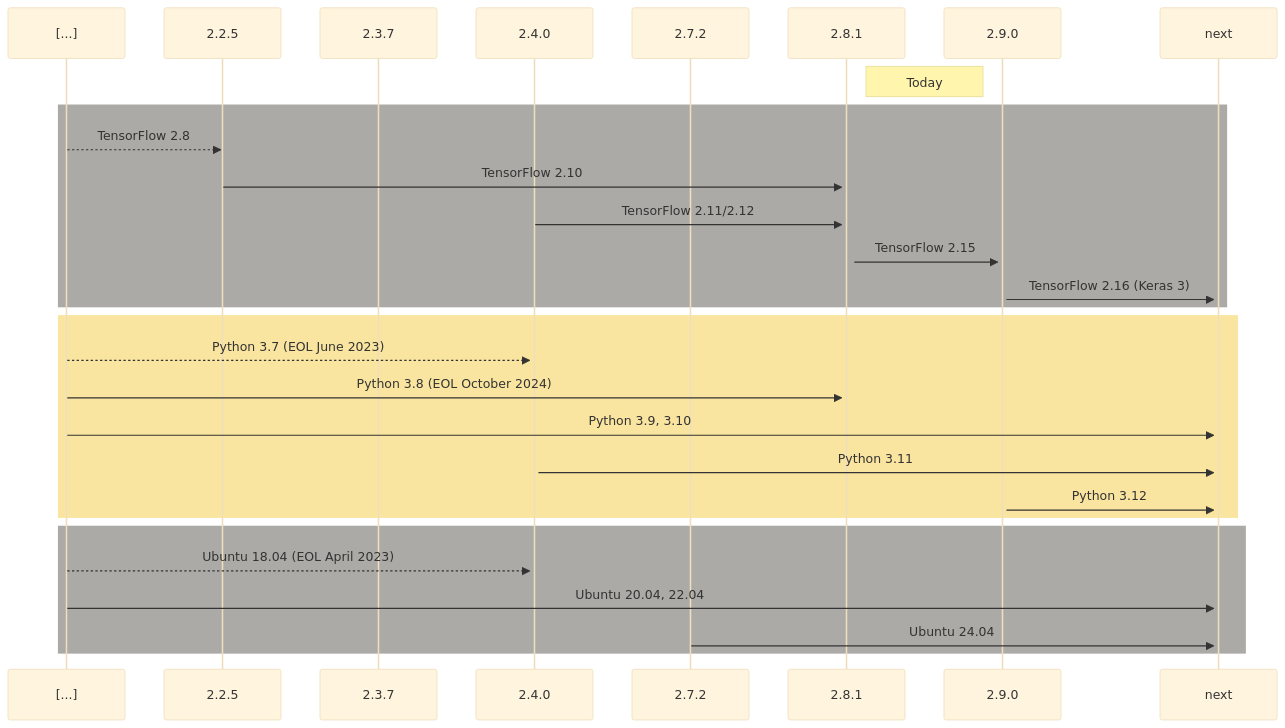
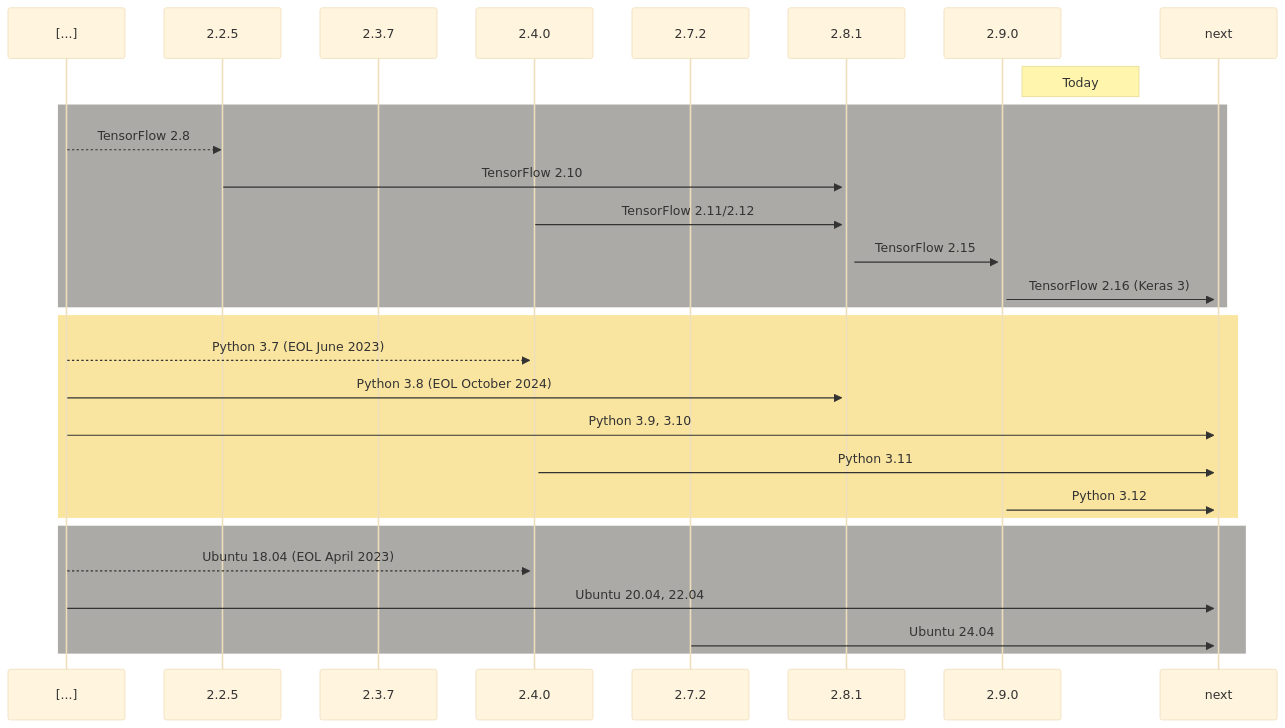
Before and after one commit to Brainchip-Inc/akida_examples: the diagram in README.md, drawn with Mermaid. The commit also changed other lines of this file and 1 other file, not shown here.

````diff
--- a/README.md
+++ b/README.md
@@ -58,32 +58,32 @@
 ```mermaid
 sequenceDiagram
     participant [...]
     participant 2.2.5
     participant 2.3.7
     participant 2.4.0
     participant 2.7.2
     participant 2.8.1
     participant 2.9.0
     participant next
-    Note right of 2.8.1: Today
+    Note right of 2.9.0: Today
 rect rgb(171, 170, 166)
     [...]-->>2.2.5: TensorFlow 2.8
     2.2.5->>+2.8.1: TensorFlow 2.10
     2.4.0->>+2.8.1: TensorFlow 2.11/2.12
     2.8.1->>+2.9.0: TensorFlow 2.15
     2.9.0->>+next: TensorFlow 2.16 (Keras 3)
 end
 rect rgb(250, 229, 160)
     [...]-->>+2.4.0: Python 3.7 (EOL June 2023)
     [...]->>+2.8.1: Python 3.8 (EOL October 2024)
     [...]->>+next: Python 3.9, 3.10
     2.4.0->>+next: Python 3.11
     2.9.0->>+next: Python 3.12
 end
 rect rgb(171, 170, 166)
     [...]-->>+2.4.0: Ubuntu 18.04 (EOL April 2023)
     [...]->>+next: Ubuntu 20.04, 22.04
     2.7.2->>+next: Ubuntu 24.04
 end
 %%{init:{'theme':'base'}}%%
 ```
````
